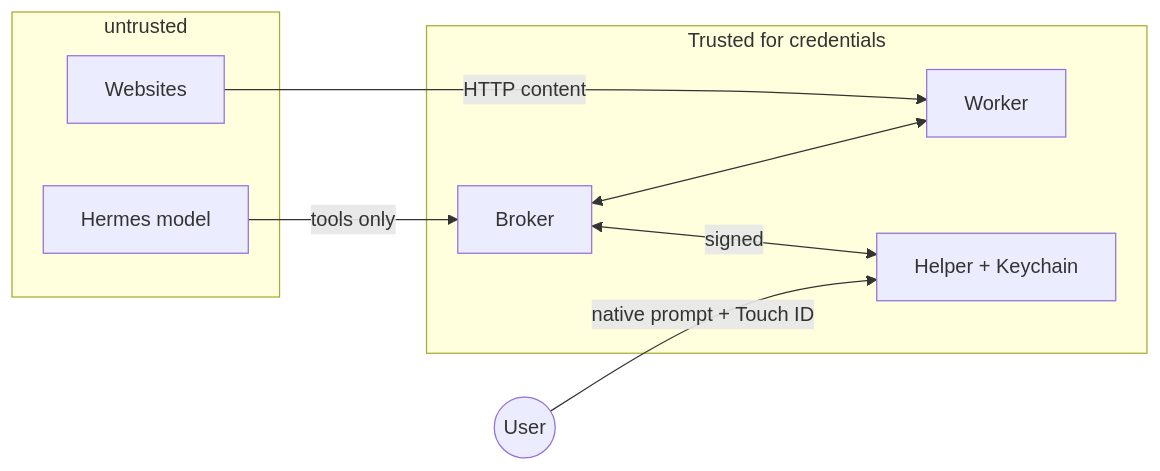
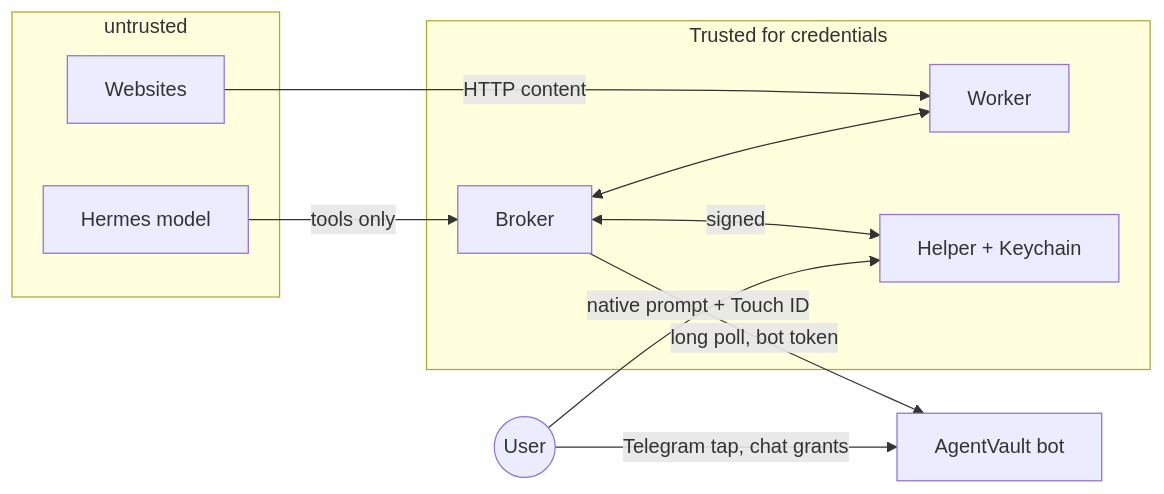
Before and after one commit to wezzcoetzee/hermes-password-manager: the diagram in docs/threat-model.md, drawn with Mermaid. The commit also changed other lines of this file and 33 other files, not shown here.

First line of the commit message:
feat: configurable login approval (prompt, chat via Telegram, auto)

````diff
--- a/docs/threat-model.md
+++ b/docs/threat-model.md
@@ -25,17 +25,19 @@
 ```mermaid
 flowchart LR
   subgraph untrusted
     MODEL[Hermes model]
     SITE[Websites]
   end
   MODEL -->|tools only| BROKER
   SITE -->|HTTP content| WORKER
   subgraph TCB[Trusted for credentials]
     BROKER[Broker]
     WORKER[Worker]
     HELPER[Helper + Keychain]
   end
   BROKER <--> WORKER
   BROKER <-->|signed| HELPER
   HUMAN((User)) -->|native prompt + Touch ID| HELPER
+  HUMAN -->|Telegram tap, chat grants| TG[AgentVault bot]
+  BROKER -->|long poll, bot token| TG
 ```
````
